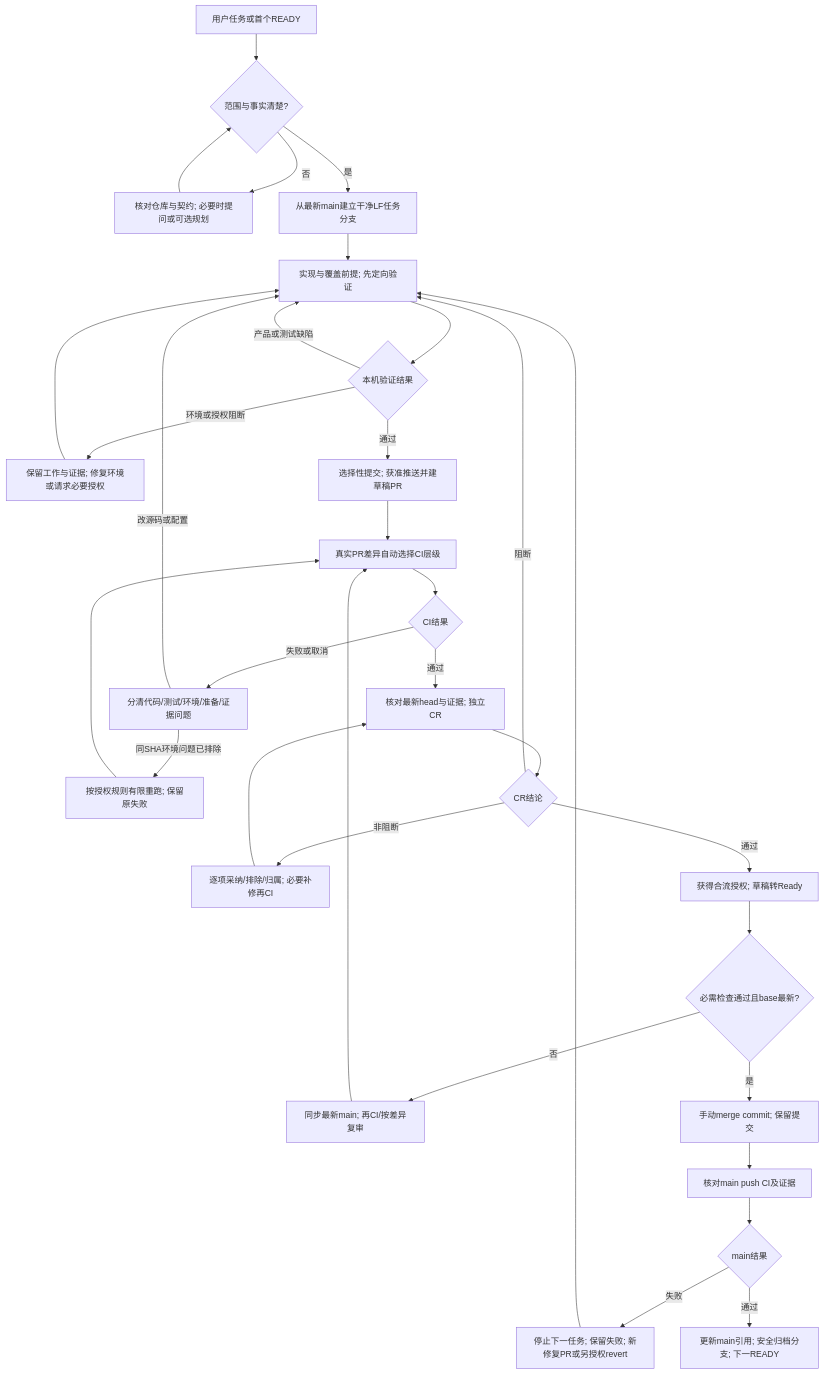
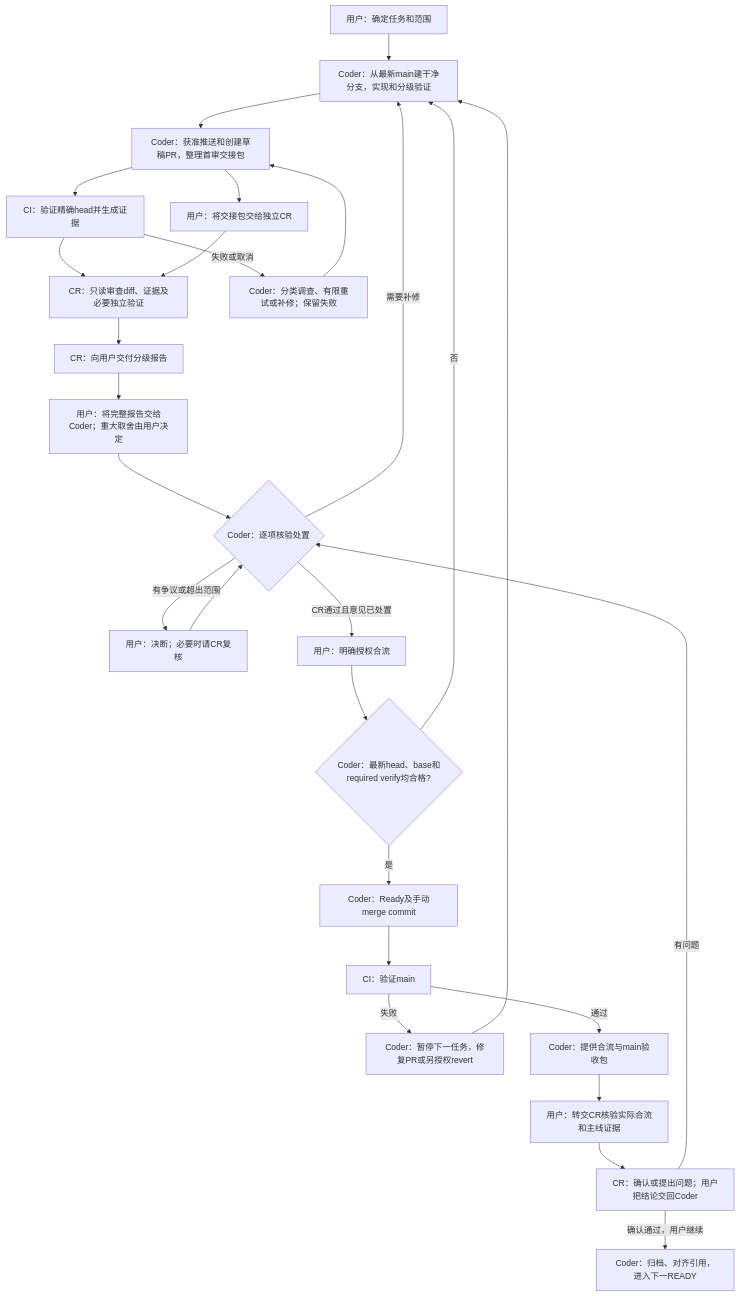
The diagram in docs/workflow-daily-guide.md (lzly2004/Village-of-Cyber-Remake), drawn with Mermaid before and after one commit. The commit also changed other lines of this file and 4 other files, not shown here.

````diff
--- a/docs/workflow-daily-guide.md
+++ b/docs/workflow-daily-guide.md
@@ -7,34 +9,29 @@
 ```mermaid
 flowchart TD
-  A[用户任务或首个READY] --> B{范围与事实清楚?}
-  B -->|否| C[核对仓库与契约; 必要时提问或可选规划]
-  C --> B
-  B -->|是| D[从最新main建立干净LF任务分支]
-  D --> E[实现与覆盖前提; 先定向验证]
-  E --> F{本机验证结果}
-  F -->|产品或测试缺陷| E
-  F -->|环境或授权阻断| G[保留工作与证据; 修复环境或请求必要授权]
-  G --> E
-  F -->|通过| H[选择性提交; 获准推送并建草稿PR]
-  H --> I[真实PR差异自动选择CI层级]
-  I --> J{CI结果}
-  J -->|失败或取消| K[分清代码/测试/环境/准备/证据问题]
-  K -->|改源码或配置| E
-  K -->|同SHA环境问题已排除| L[按授权规则有限重跑; 保留原失败]
-  L --> I
-  J -->|通过| M[核对最新head与证据; 独立CR]
-  M --> N{CR结论}
-  N -->|阻断| E
-  N -->|非阻断| O[逐项采纳/排除/归属; 必要补修再CI]
-  O --> M
-  N -->|通过| P[获得合流授权; 草稿转Ready]
-  P --> Q{必需检查通过且base最新?}
-  Q -->|否| R[同步最新main; 再CI/按差异复审]
-  R --> I
-  Q -->|是| S[手动merge commit; 保留提交]
-  S --> T[核对main push CI及证据]
-  T --> U{main结果}
-  U -->|失败| V[停止下一任务; 保留失败; 新修复PR或另授权revert]
-  V --> E
-  U -->|通过| W[更新main引用; 安全归档分支; 下一READY]
+  U[用户：确定任务和范围] --> C[Coder：从最新main建干净分支，实现和分级验证]
+  C --> P[Coder：获准推送和创建草稿PR，整理首审交接包]
+  P --> I[CI：验证精确head并生成证据]
+  P --> H[用户：将交接包交给独立CR]
+  I --> R[CR：只读审查diff、证据及必要独立验证]
+  H --> R
+  I -->|失败或取消| F[Coder：分类调查、有限重试或补修；保留失败]
+  F --> P
+  R --> Q[CR：向用户交付分级报告]
+  Q --> V[用户：将完整报告交给Coder；重大取舍由用户决定]
+  V --> D{Coder：逐项核验处置}
+  D -->|需要补修| C
+  D -->|有争议或超出范围| X[用户：决断；必要时请CR复核]
+  X --> D
+  D -->|CR通过且意见已处置| A[用户：明确授权合流]
+  A --> B{Coder：最新head、base和required verify均合格?}
+  B -->|否| C
+  B -->|是| M[Coder：Ready及手动merge commit]
+  M --> J[CI：验证main]
+  J -->|失败| S[Coder：暂停下一任务，修复PR或另授权revert]
+  S --> C
+  J -->|通过| K[Coder：提供合流与main验收包]
+  K --> L[用户：转交CR核验实际合流和主线证据]
+  L --> N[CR：确认或提出问题；用户把结论交回Coder]
+  N -->|有问题| D
+  N -->|确认通过，用户继续| W[Coder：归档、对齐引用，进入下一READY]
 ```
````
